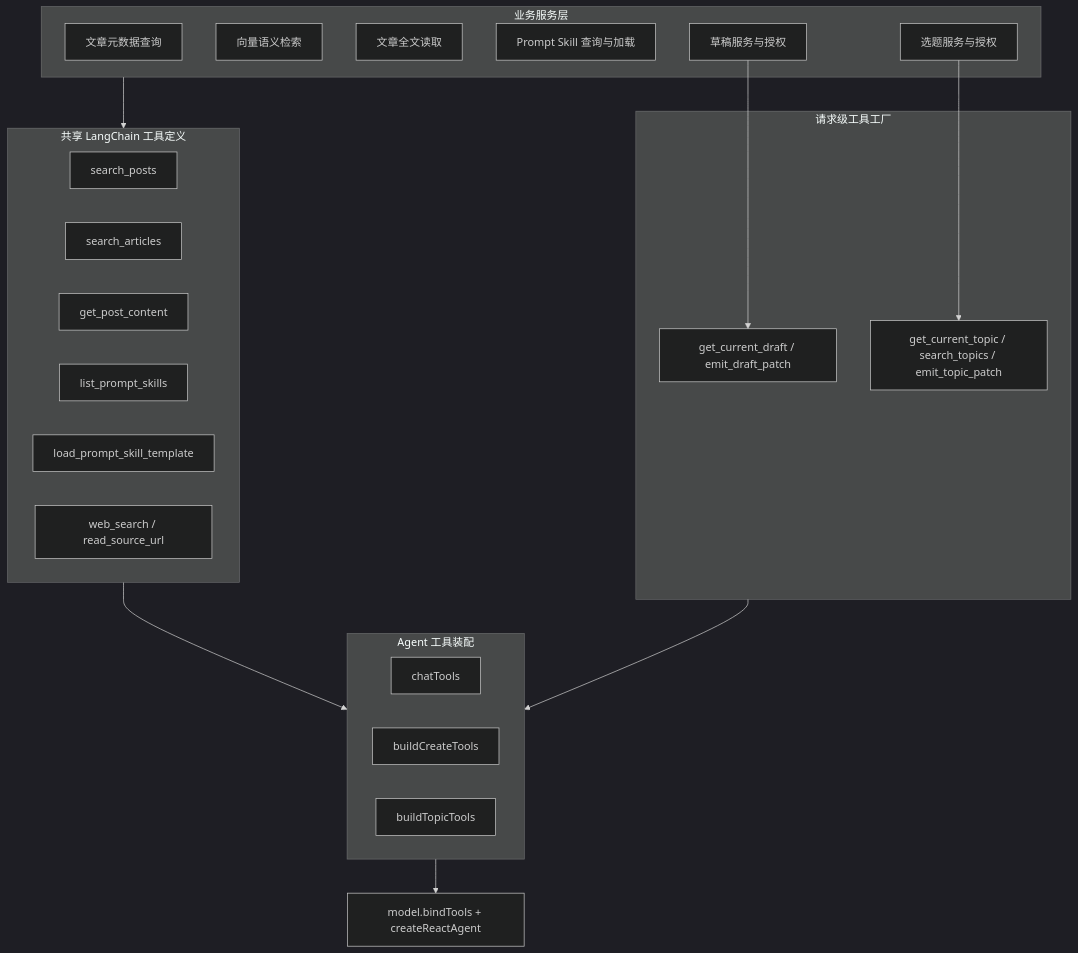
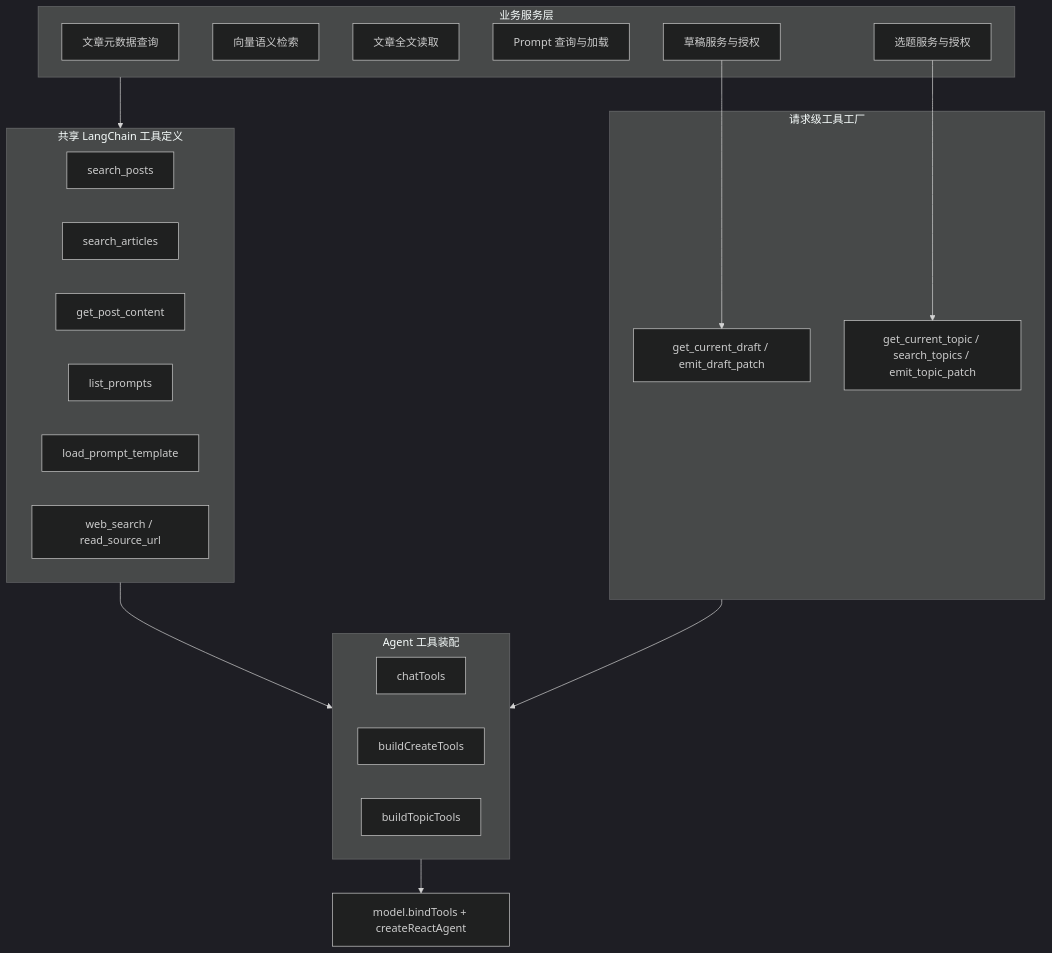
The diagram in docs/plans/ai-agent-tools-unification.md (NNNNzs/react.nnnnzs.cn), drawn with Mermaid (dark theme) before and after one commit. The commit also changed other lines of this file and 41 other files, not shown here.

````diff
--- a/docs/plans/ai-agent-tools-unification.md
+++ b/docs/plans/ai-agent-tools-unification.md
@@ -72,38 +72,38 @@
 ```mermaid
 flowchart TB
     subgraph Domain[业务服务层]
         PostSearch[文章元数据查询]
         SemanticSearch[向量语义检索]
         PostContent[文章全文读取]
-        PromptTemplate[Prompt Skill 查询与加载]
+        PromptTemplate[Prompt 查询与加载]
         DraftService[草稿服务与授权]
         TopicService[选题服务与授权]
     end
 
     subgraph SharedTools[共享 LangChain 工具定义]
         SearchPostsTool[search_posts]
         SearchArticlesTool[search_articles]
         GetPostContentTool[get_post_content]
-        ListSkillsTool[list_prompt_skills]
-        LoadSkillTool[load_prompt_skill_template]
+        ListPromptsTool[list_prompts]
+        LoadPromptTool[load_prompt_template]
         WebTools[web_search / read_source_url]
     end
 
     subgraph ContextTools[请求级工具工厂]
         DraftTools[get_current_draft / emit_draft_patch]
         TopicTools[get_current_topic / search_topics / emit_topic_patch]
     end
 
     subgraph Assemblers[Agent 工具装配]
         ChatAssembler[chatTools]
         CreateAssembler[buildCreateTools]
         TopicAssembler[buildTopicTools]
     end
 
     Domain --> SharedTools
     DraftService --> DraftTools
     TopicService --> TopicTools
     SharedTools --> Assemblers
     ContextTools --> Assemblers
     Assemblers --> BindTools[model.bindTools + createReactAgent]
 ```
````
